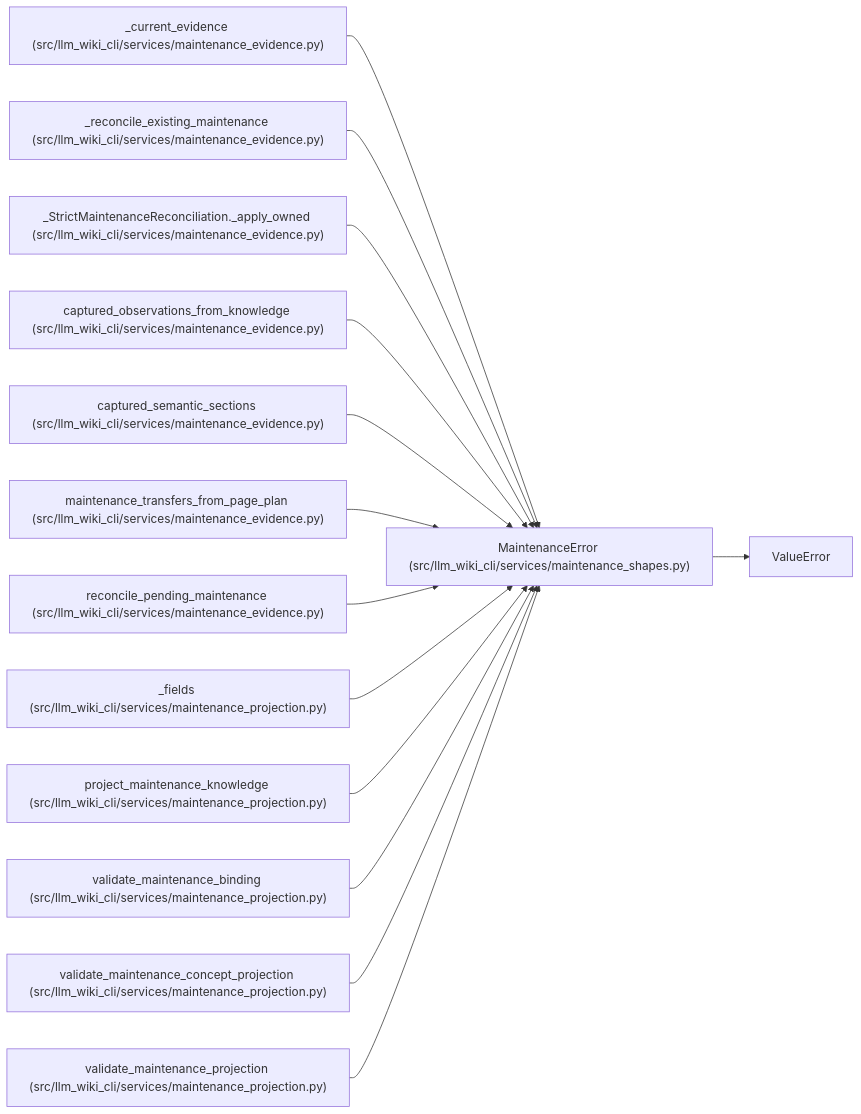
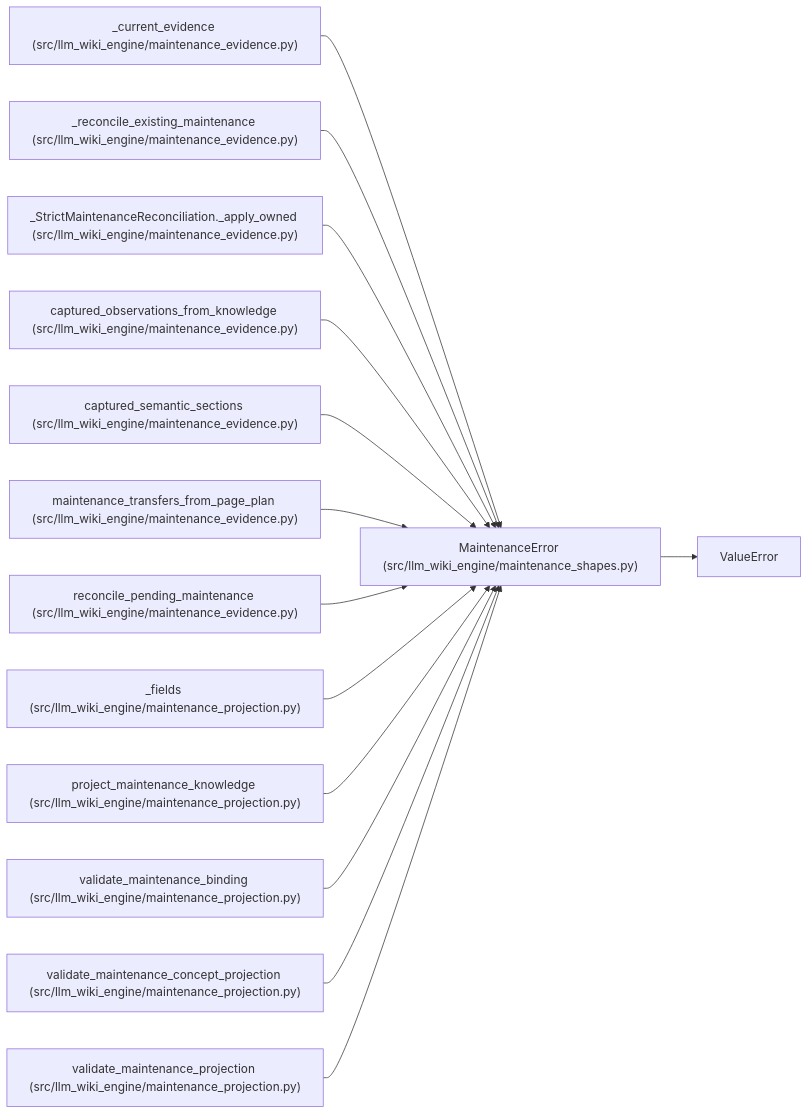
Before and after one commit to Denissvgn/python-wiki-llm: the diagram in docs/llm_wiki/entities/maintenance_shapes_MaintenanceError.md, drawn with Mermaid. The commit also changed other lines of this file and 1058 other files, not shown here.

First line of the commit message:
docs: refresh the wiki for the knowledge store move

````diff
--- a/docs/llm_wiki/entities/maintenance_shapes_MaintenanceError.md
+++ b/docs/llm_wiki/entities/maintenance_shapes_MaintenanceError.md
@@ -25,43 +25,43 @@
 ```mermaid
 flowchart LR
-    n0["MaintenanceError (src/llm_wiki_cli/services/maintenance_shapes.py)"]
+    n0["MaintenanceError (src/llm_wiki_engine/maintenance_shapes.py)"]
     n1["ValueError"]
-    n2["_current_evidence (src/llm_wiki_cli/services/maintenance_evidence.py)"]
-    n3["_reconcile_existing_maintenance (src/llm_wiki_cli/services/maintenance_evidence.py)"]
-    n4["_StrictMaintenanceReconciliation._apply_owned (src/llm_wiki_cli/services/maintenance_evidence.py)"]
-    n5["captured_observations_from_knowledge (src/llm_wiki_cli/services/maintenance_evidence.py)"]
-    n6["captured_semantic_sections (src/llm_wiki_cli/services/maintenance_evidence.py)"]
-    n7["maintenance_transfers_from_page_plan (src/llm_wiki_cli/services/maintenance_evidence.py)"]
-    n8["reconcile_pending_maintenance (src/llm_wiki_cli/services/maintenance_evidence.py)"]
-    n9["_fields (src/llm_wiki_cli/services/maintenance_projection.py)"]
-    n10["project_maintenance_knowledge (src/llm_wiki_cli/services/maintenance_projection.py)"]
-    n11["validate_maintenance_binding (src/llm_wiki_cli/services/maintenance_projection.py)"]
-    n12["validate_maintenance_concept_projection (src/llm_wiki_cli/services/maintenance_projection.py)"]
-    n13["validate_maintenance_projection (src/llm_wiki_cli/services/maintenance_projection.py)"]
+    n2["_current_evidence (src/llm_wiki_engine/maintenance_evidence.py)"]
+    n3["_reconcile_existing_maintenance (src/llm_wiki_engine/maintenance_evidence.py)"]
+    n4["_StrictMaintenanceReconciliation._apply_owned (src/llm_wiki_engine/maintenance_evidence.py)"]
+    n5["captured_observations_from_knowledge (src/llm_wiki_engine/maintenance_evidence.py)"]
+    n6["captured_semantic_sections (src/llm_wiki_engine/maintenance_evidence.py)"]
+    n7["maintenance_transfers_from_page_plan (src/llm_wiki_engine/maintenance_evidence.py)"]
+    n8["reconcile_pending_maintenance (src/llm_wiki_engine/maintenance_evidence.py)"]
+    n9["_fields (src/llm_wiki_engine/maintenance_projection.py)"]
+    n10["project_maintenance_knowledge (src/llm_wiki_engine/maintenance_projection.py)"]
+    n11["validate_maintenance_binding (src/llm_wiki_engine/maintenance_projection.py)"]
+    n12["validate_maintenance_concept_projection (src/llm_wiki_engine/maintenance_projection.py)"]
+    n13["validate_maintenance_projection (src/llm_wiki_engine/maintenance_projection.py)"]
     n0 --> n1
     n2 --> n0
     n3 --> n0
     n4 --> n0
     n5 --> n0
     n6 --> n0
     n7 --> n0
     n8 --> n0
     n9 --> n0
     n10 --> n0
     n11 --> n0
     n12 --> n0
     n13 --> n0
     click n0 "../modules/maintenance_shapes.md"
     click n2 "../modules/maintenance_evidence.md"
     click n3 "../modules/maintenance_evidence.md"
     click n4 "../modules/maintenance_evidence.md"
     click n5 "../modules/maintenance_evidence.md"
     click n6 "../modules/maintenance_evidence.md"
     click n7 "../modules/maintenance_evidence.md"
     click n8 "../modules/maintenance_evidence.md"
     click n9 "../modules/maintenance_projection.md"
     click n10 "../modules/maintenance_projection.md"
     click n11 "../modules/maintenance_projection.md"
     click n12 "../modules/maintenance_projection.md"
     click n13 "../modules/maintenance_projection.md"
 ```
````
